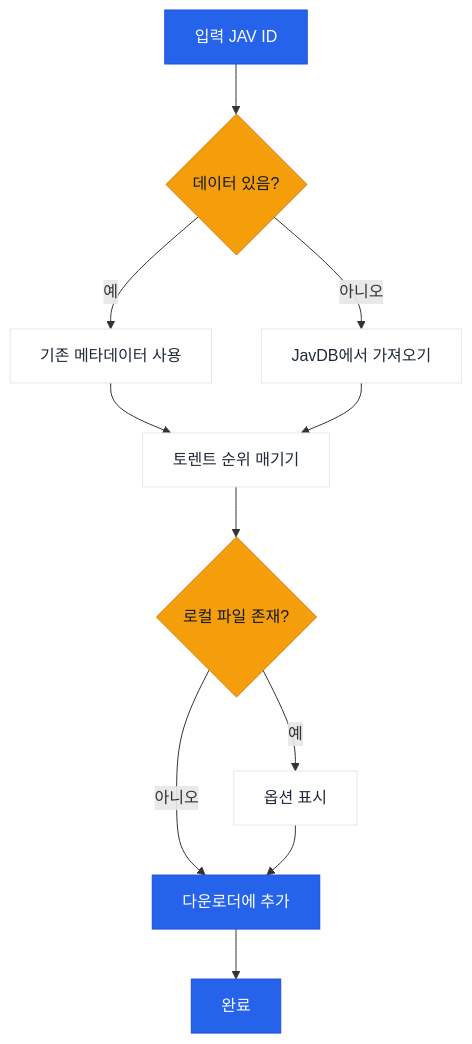
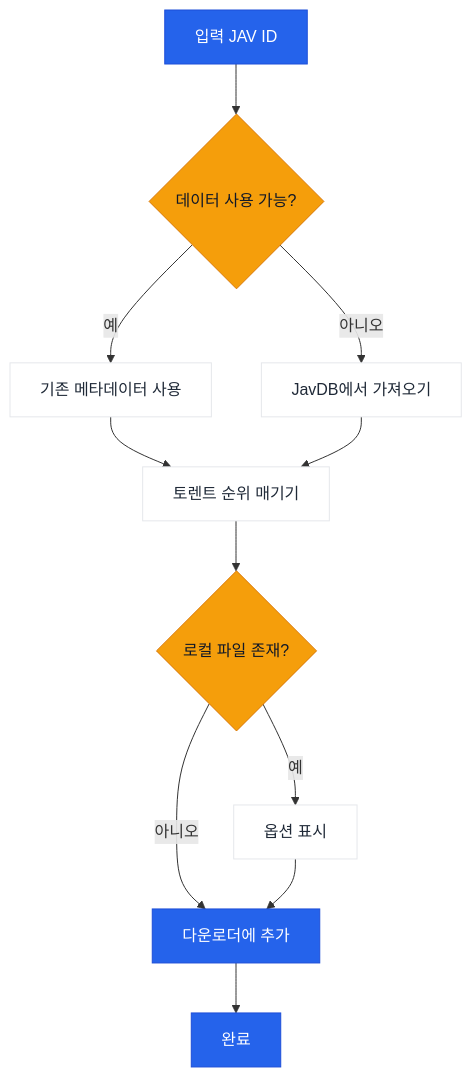
One commit to jqknono/jav-manager changed the diagram in README.ko.md. Above: the diagram before and after it, drawn with Mermaid. The commit also changed other lines of this file and 26 other files, not shown here.

````diff
--- a/README.ko.md
+++ b/README.ko.md
@@ -19,21 +19,21 @@
 ```mermaid
 flowchart TD
-    A[입력 JAV ID] --> B{데이터 있음?}
+    A[입력 JAV ID] --> B{데이터 사용 가능?}
     B -->|예| C[기존 메타데이터 사용]
     B -->|아니오| D[JavDB에서 가져오기]
     C --> E[토렌트 순위 매기기]
     D --> E
     E --> F{로컬 파일 존재?}
     F -->|예| G[옵션 표시]
     F -->|아니오| H[다운로더에 추가]
     G --> H
     H --> I[완료]
 
     classDef primary fill:#2563eb,stroke:#1d4ed8,color:#ffffff;
     classDef decision fill:#f59e0b,stroke:#d97706,color:#111827;
     classDef neutral fill:#ffffff,stroke:#e5e7eb,color:#1f2937;
 
     class A,H,I primary;
     class B,F decision;
     class C,D,E,G neutral;
 ```
````
